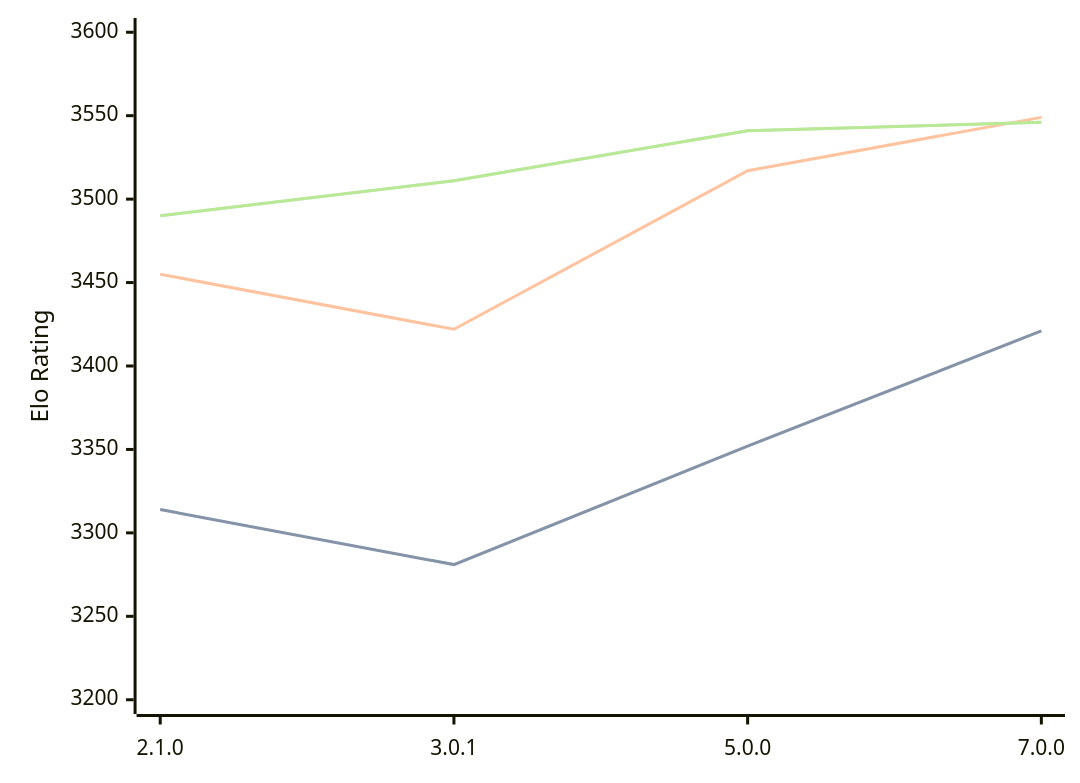
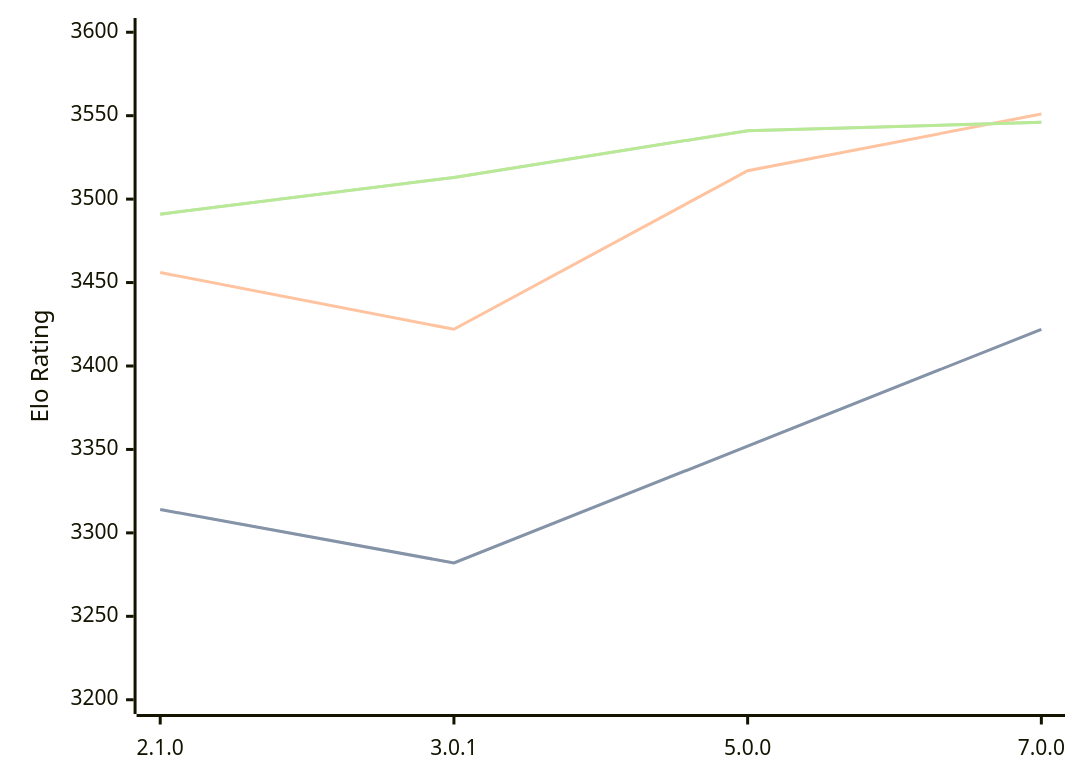
Before and after one commit to computer-chess-index/cci: the diagram in engines/PlentyChess.md, drawn with Mermaid. The commit also changed other lines of this file, not shown here.

Commit message:
Update CCI Ratings (ELO VLTC) - 2026-05-22

````diff
--- a/engines/PlentyChess.md
+++ b/engines/PlentyChess.md
@@ -45,11 +45,11 @@
 ```mermaid
 %%{init: {"theme":"base","themeVariables":{"seriesColors:['#a3a3a3','#222221','#faa371']}}}%%
 xychart-beta
   x-axis ["2.1.0", "3.0.1", "5.0.0", "7.0.0"]
   y-axis "Elo Rating" 3200 --> 3600
-  line "STC (8.0+0.08s)" [3314, 3281, 3352, 3421]
-  line "STC (8.0+0.08s)" [3314, 3281, 3352, 3421]
-  line "LTC (60.0+0.60s)" [3455, 3422, 3517, 3549]
-  line "VLTC (2m24s+1.12s)" [3490, 3511, 3541, 3546]
-  line "VLTC (2m24s+1.12s)" [3490, 3511, 3541, 3546]
+  line "STC (8.0+0.08s)" [3314, 3282, 3352, 3422]
+  line "STC (8.0+0.08s)" [3314, 3282, 3352, 3422]
+  line "LTC (60.0+0.60s)" [3456, 3422, 3517, 3551]
+  line "VLTC (2m24s+1.12s)" [3491, 3513, 3541, 3546]
+  line "VLTC (2m24s+1.12s)" [3491, 3513, 3541, 3546]
 ```
````
